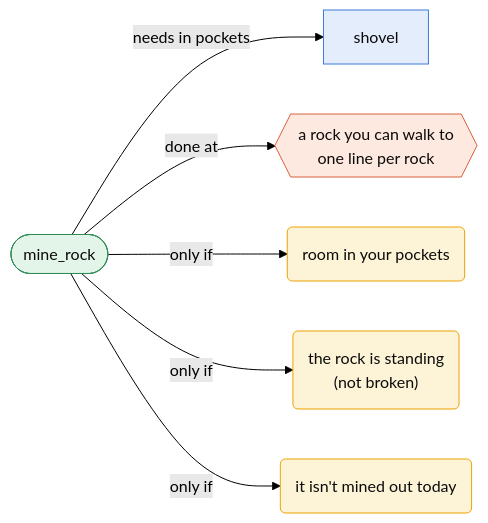
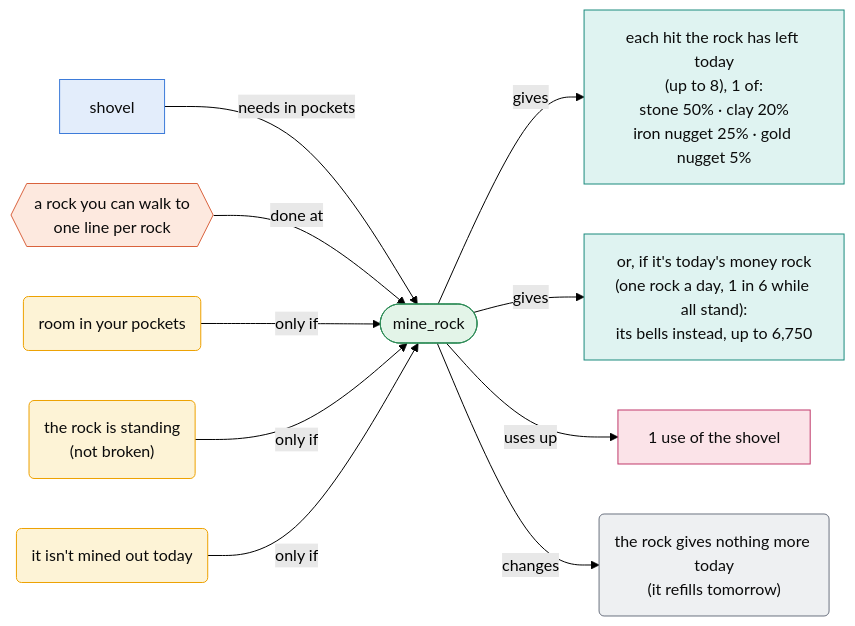
One commit to harjonillo/multiagent-island changed the first of 41 diagrams in docs/actions.md. Above: the diagram before and after it, drawn with Mermaid (forest theme). The commit also changed other lines of this file and 9 other files, not shown here.

````diff
--- a/docs/actions.md
+++ b/docs/actions.md
@@ -40,17 +54,27 @@
 ```mermaid
 flowchart LR
     classDef act fill:#e3f4e8,stroke:#2e8b57,color:#0b0b0b
     classDef item fill:#e3edfb,stroke:#3d7bd9,color:#0b0b0b
     classDef place fill:#fde9df,stroke:#d9623d,color:#0b0b0b
     classDef cond fill:#fdf3d6,stroke:#eda100,color:#0b0b0b
+    classDef gain fill:#dff3f1,stroke:#1a8a7d,color:#0b0b0b
+    classDef spend fill:#fbe3e8,stroke:#c0396b,color:#0b0b0b
+    classDef change fill:#eef0f2,stroke:#6b7280,color:#0b0b0b
     A(["mine_rock"])
-    A -- "needs in pockets" --> I0["shovel"]
-    A -- "done at" --> P0{{"a rock you can walk to<br/>one line per rock"}}
-    A -- "only if" --> C0("room in your pockets")
-    A -- "only if" --> C1("the rock is standing<br/>(not broken)")
-    A -- "only if" --> C2("it isn't mined out today")
+    It0["shovel"] -- "needs in pockets" --> A
+    Pl0{{"a rock you can walk to<br/>one line per rock"}} -- "done at" --> A
+    Co0("room in your pockets") -- "only if" --> A
+    Co1("the rock is standing<br/>(not broken)") -- "only if" --> A
+    Co2("it isn't mined out today") -- "only if" --> A
+    A -- "gives" --> Ga0["each hit the rock has left today<br/>(up to 8), 1 of:<br/>stone 50% · clay 20%<br/>iron nugget 25% · gold nugget 5%"]
+    A -- "gives" --> Ga1["or, if it's today's money rock<br/>(one rock a day, 1 in 6 while all stand):<br/>its bells instead, up to 6,750"]
+    A -- "uses up" --> Sp0["1 use of the shovel"]
+    A -- "changes" --> Ch0("the rock gives nothing more today<br/>(it refills tomorrow)")
     class A act
-    class I0 item
-    class P0 place
-    class C0,C1,C2 cond
+    class It0 item
+    class Pl0 place
+    class Co0,Co1,Co2 cond
+    class Ga0,Ga1 gain
+    class Sp0 spend
+    class Ch0 change
 ```
````
